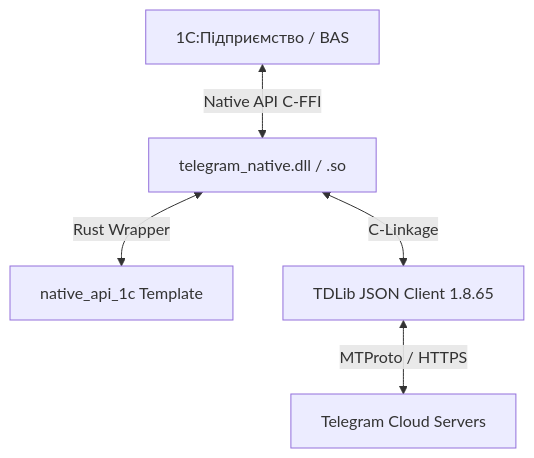
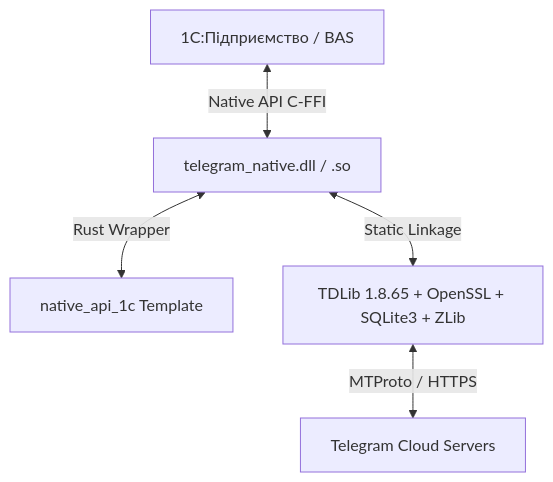
Before and after one commit to azubar/telegram-native: the diagram in README.md, drawn with Mermaid. The commit also changed other lines of this file and 3 other files, not shown here.

````diff
--- a/README.md
+++ b/README.md
@@ -30,7 +33,7 @@
 ```mermaid
 graph TD
     A[1С:Підприємство / BAS] <-->|Native API C-FFI| B[telegram_native.dll / .so]
     B <-->|Rust Wrapper| C[native_api_1c Template]
-    B <-->|C-Linkage| D[TDLib JSON Client 1.8.65]
+    B <-->|Static Linkage| D[TDLib 1.8.65 + OpenSSL + SQLite3 + ZLib]
     D <-->|MTProto / HTTPS| E[Telegram Cloud Servers]
 ```
````
